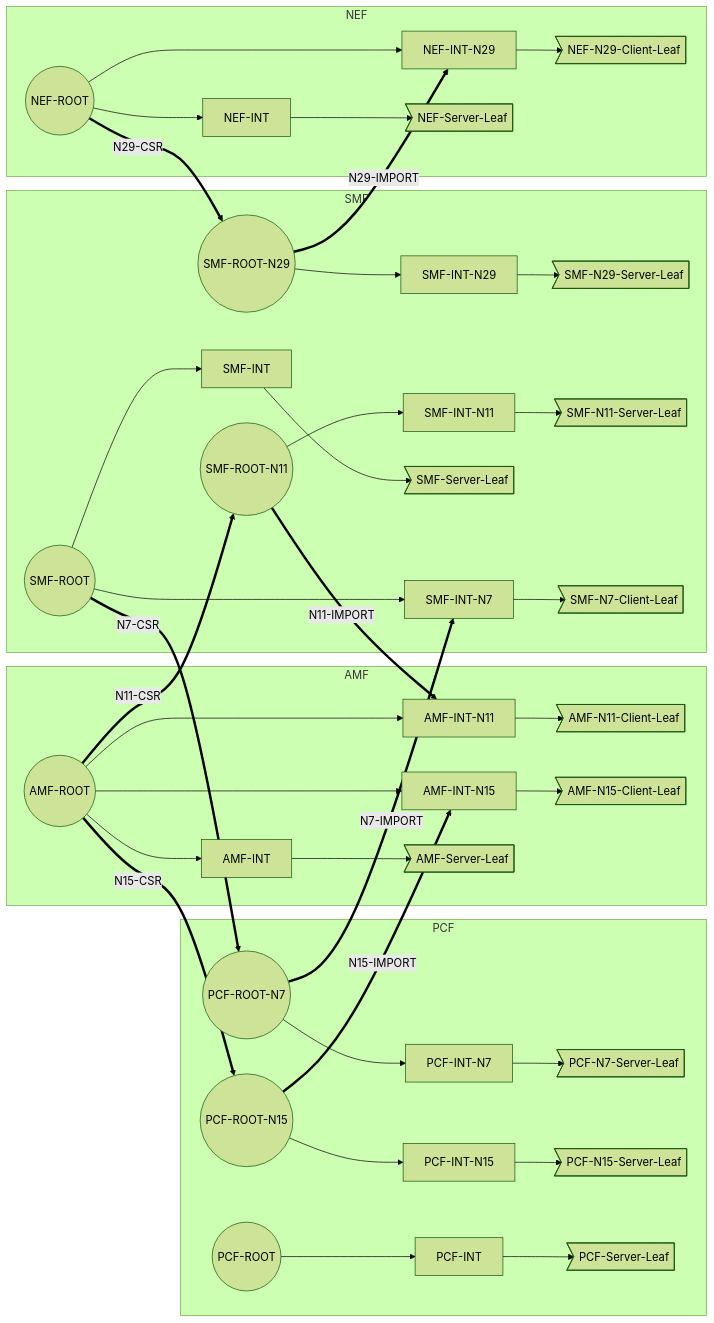
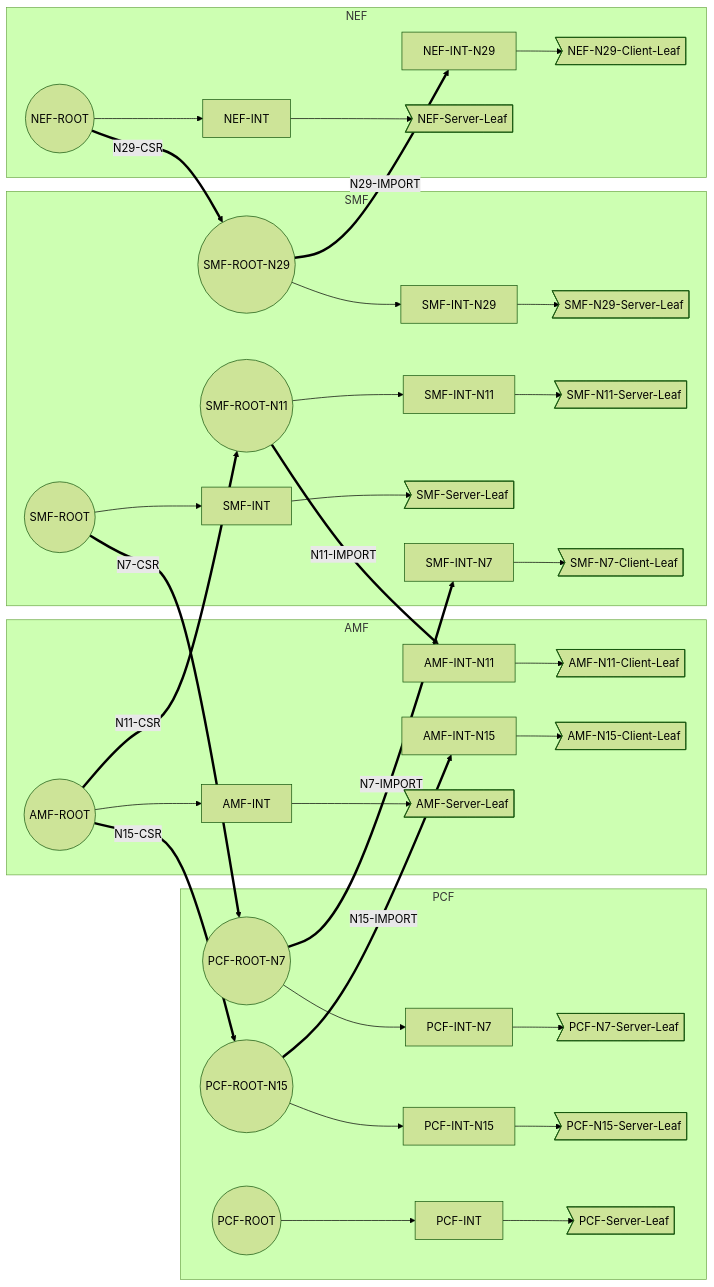
One commit to F0otsh0T/hcp-vault-patterns changed the fifth of 6 diagrams in secrets/pki-mtls-xsign/README.md. Above: the diagram before and after it, drawn with Mermaid (forest theme).

Commit message:
[F0otsh0T 20220813] SBRoots Mermaid Chart

````diff
--- a/secrets/pki-mtls-xsign/README.md
+++ b/secrets/pki-mtls-xsign/README.md
@@ -188,32 +188,32 @@
 ```mermaid
 graph LR 
   SMF-ROOT==N7-CSR==>PCF-ROOT-N7==N7-IMPORT==>SMF-INT-N7
   AMF-ROOT==N11-CSR==>SMF-ROOT-N11==N11-IMPORT==>AMF-INT-N11
   AMF-ROOT==N15-CSR==>PCF-ROOT-N15==N15-IMPORT==>AMF-INT-N15
   NEF-ROOT==N29-CSR==>SMF-ROOT-N29==N29-IMPORT==>NEF-INT-N29
 
   subgraph PCF
   PCF-ROOT-N7((PCF-ROOT-N7))-->PCF-INT-N7-->PCF-N7-Server-Leaf>PCF-N7-Server-Leaf]
   PCF-ROOT-N15((PCF-ROOT-N15))-->PCF-INT-N15-->PCF-N15-Server-Leaf>PCF-N15-Server-Leaf]
   PCF-ROOT((PCF-ROOT))-->PCF-INT-->PCF-Server-Leaf>PCF-Server-Leaf]
   end
 
   subgraph AMF
   AMF-ROOT((AMF-ROOT))-->AMF-INT-->AMF-Server-Leaf>AMF-Server-Leaf]
-  AMF-ROOT-->AMF-INT-N11-->AMF-N11-Client-Leaf>AMF-N11-Client-Leaf]
-  AMF-ROOT-->AMF-INT-N15-->AMF-N15-Client-Leaf>AMF-N15-Client-Leaf]
+  AMF-INT-N11-->AMF-N11-Client-Leaf>AMF-N11-Client-Leaf]
+  AMF-INT-N15-->AMF-N15-Client-Leaf>AMF-N15-Client-Leaf]
   end
 
   subgraph SMF
   SMF-ROOT-N29((SMF-ROOT-N29))-->SMF-INT-N29-->SMF-N29-Server-Leaf>SMF-N29-Server-Leaf]
   SMF-ROOT((SMF-ROOT))-->SMF-INT-->SMF-Server-Leaf>SMF-Server-Leaf]
   SMF-ROOT-N11((SMF-ROOT-N11))-->SMF-INT-N11-->SMF-N11-Server-Leaf>SMF-N11-Server-Leaf]
-  SMF-ROOT((SMF-ROOT))-->SMF-INT-N7-->SMF-N7-Client-Leaf>SMF-N7-Client-Leaf]
+  SMF-INT-N7-->SMF-N7-Client-Leaf>SMF-N7-Client-Leaf]
   end
 
   subgraph NEF
   NEF-ROOT((NEF-ROOT))-->NEF-INT-->NEF-Server-Leaf>NEF-Server-Leaf]
-  NEF-ROOT-->NEF-INT-N29-->NEF-29-Client-Leaf>NEF-N29-Client-Leaf]
+  NEF-INT-N29-->NEF-29-Client-Leaf>NEF-N29-Client-Leaf]
   end
 
 ```
````
